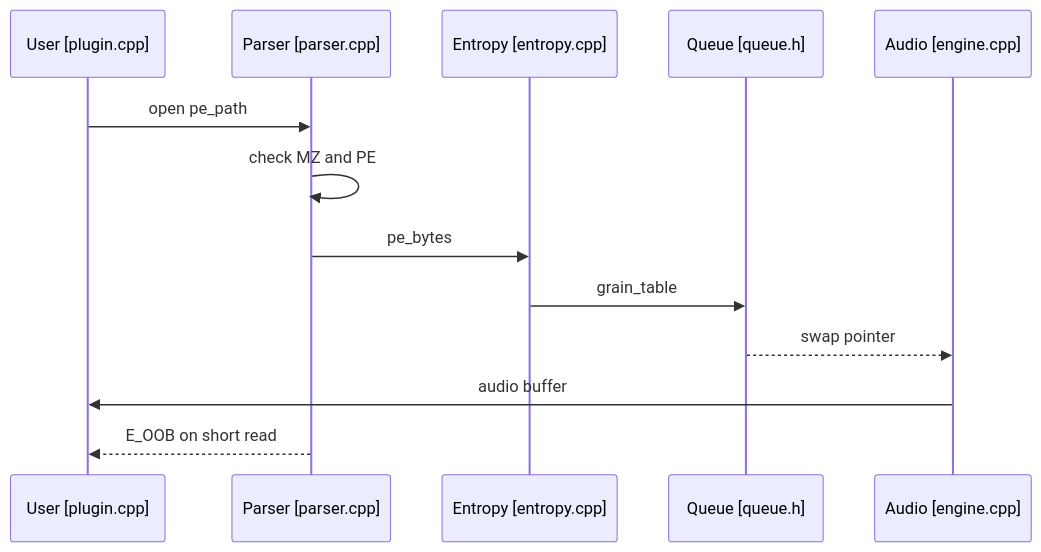
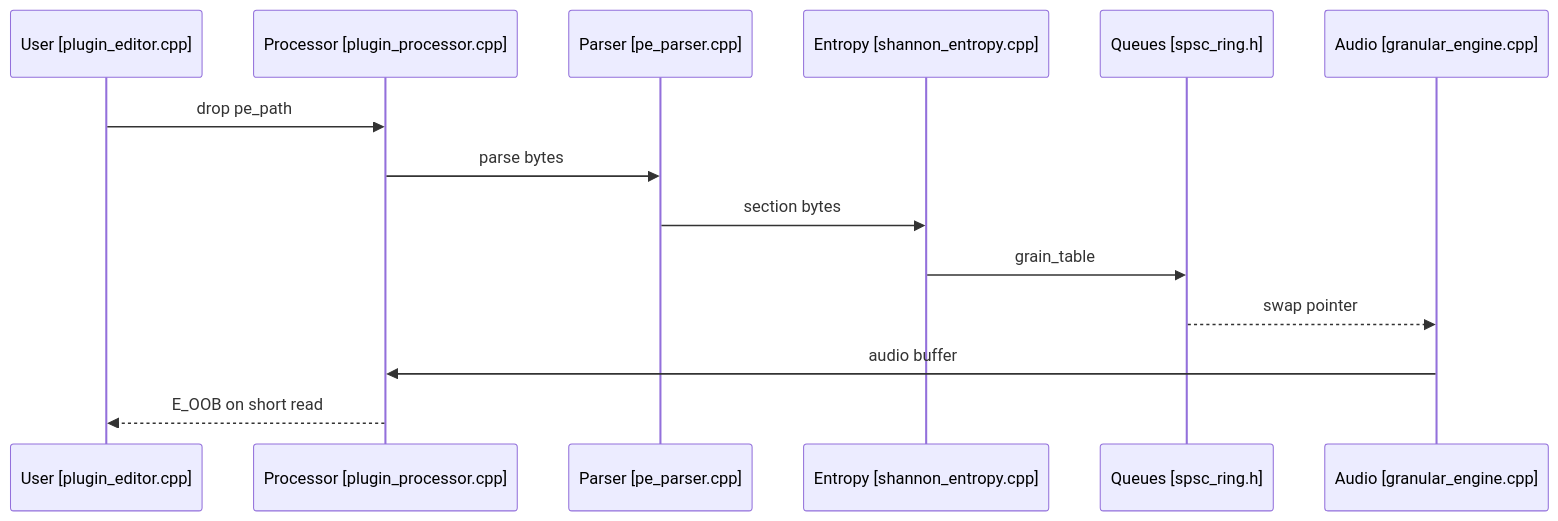
One commit to 9matesu/Catlas changed the diagram in examples/opcoda-pe-pipeline/diagrams/sequence-hot-path.mmd. Above: the diagram before and after it, drawn with Mermaid. The commit also changed 13 other files, not shown here.

Commit message:
Catlas: Opcoda example case with rendered diagram images in READMEs

```diff
--- a/examples/opcoda-pe-pipeline/diagrams/sequence-hot-path.mmd
+++ b/examples/opcoda-pe-pipeline/diagrams/sequence-hot-path.mmd
@@ -1,13 +1,14 @@
 sequenceDiagram
-  participant U as User [plugin.cpp]
-  participant P as Parser [parser.cpp]
-  participant E as Entropy [entropy.cpp]
-  participant Q as Queue [queue.h]
-  participant A as Audio [engine.cpp]
-  U->>P: open pe_path
-  P->>P: check MZ and PE
-  P->>E: pe_bytes
+  participant U as User [plugin_editor.cpp]
+  participant P as Processor [plugin_processor.cpp]
+  participant R as Parser [pe_parser.cpp]
+  participant E as Entropy [shannon_entropy.cpp]
+  participant Q as Queues [spsc_ring.h]
+  participant A as Audio [granular_engine.cpp]
+  U->>P: drop pe_path
+  P->>R: parse bytes
+  R->>E: section bytes
   E->>Q: grain_table
   Q-->>A: swap pointer
-  A->>U: audio buffer
+  A->>P: audio buffer
   P-->>U: E_OOB on short read
```
